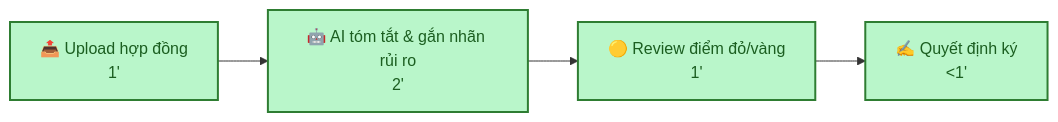
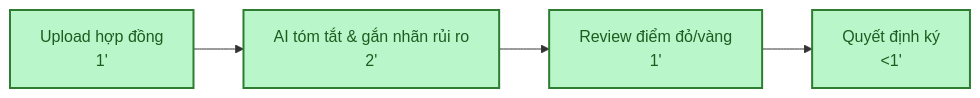
The fourth of 6 diagrams in 01-individual-problem-scan/01-individual-problem-scan.md (lequanneKMA/Day2-2A202600821-LeNguyenMinhQuan), drawn with Mermaid before and after one commit. The commit also changed other lines of this file, not shown here.

````diff
--- a/01-individual-problem-scan/01-individual-problem-scan.md
+++ b/01-individual-problem-scan/01-individual-problem-scan.md
@@ -300,12 +300,12 @@
 ```mermaid
 flowchart LR
-    F["📤 Upload hợp đồng\n1'"]
-    --> G["🤖 AI tóm tắt & gắn nhãn rủi ro\n2'"]
-    --> H["🟡 Review điểm đỏ/vàng\n1'"]
-    --> I["✍️ Quyết định ký\n<1'"]
+    F[" Upload hợp đồng\n1'"]
+    --> G[" AI tóm tắt & gắn nhãn rủi ro\n2'"]
+    --> H[" Review điểm đỏ/vàng\n1'"]
+    --> I[" Quyết định ký\n<1'"]
 
     style F fill:#b9f6ca,stroke:#2e7d32,stroke-width:2px,color:#1b5e20
     style G fill:#b9f6ca,stroke:#2e7d32,stroke-width:2px,color:#1b5e20
     style H fill:#b9f6ca,stroke:#2e7d32,stroke-width:2px,color:#1b5e20
     style I fill:#b9f6ca,stroke:#2e7d32,stroke-width:2px,color:#1b5e20
 ```
````
